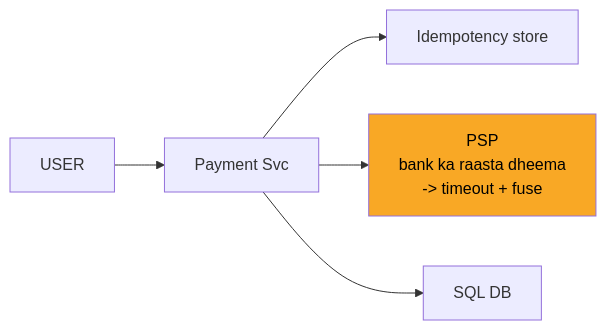
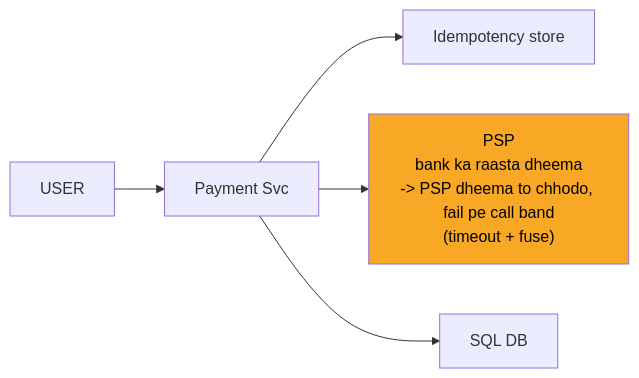
The fifth of 12 diagrams in 04_HLD/SYSTEM_DESIGNS/06_payment_system/06_payment_system.md (ArpanMaheshwari144/Prep), drawn with Mermaid before and after one commit. The commit also changed other lines of this file and 13 other files, not shown here.

````diff
--- a/04_HLD/SYSTEM_DESIGNS/06_payment_system/06_payment_system.md
+++ b/04_HLD/SYSTEM_DESIGNS/06_payment_system/06_payment_system.md
@@ -199,13 +199,13 @@
 ```mermaid
 flowchart LR
     n_USER["USER"]
     n_Payment_Svc["Payment Svc"]
     n_Idempotency_store["Idempotency store"]
-    n_PSP["PSP<br/>bank ka raasta dheema<br/>-> timeout + fuse"]
+    n_PSP["PSP<br/>bank ka raasta dheema<br/>-> PSP dheema to chhodo, fail pe call band<br/>(timeout + fuse)"]
     n_DB["SQL DB"]
     n_USER --> n_Payment_Svc
     n_Payment_Svc --> n_Idempotency_store
     n_Payment_Svc --> n_PSP
     n_Payment_Svc --> n_DB
     style n_PSP fill:#f9a825,color:#000
 ```
````
